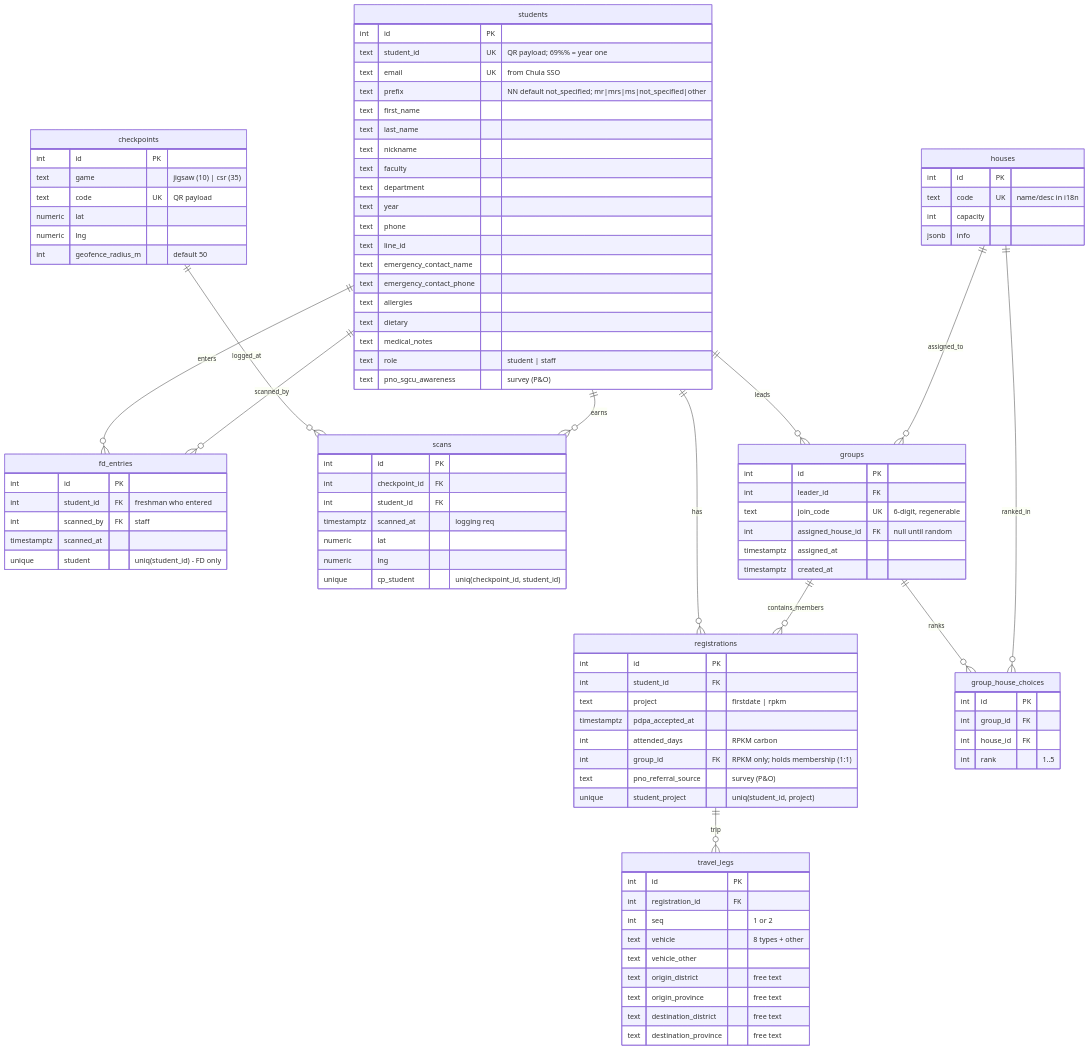
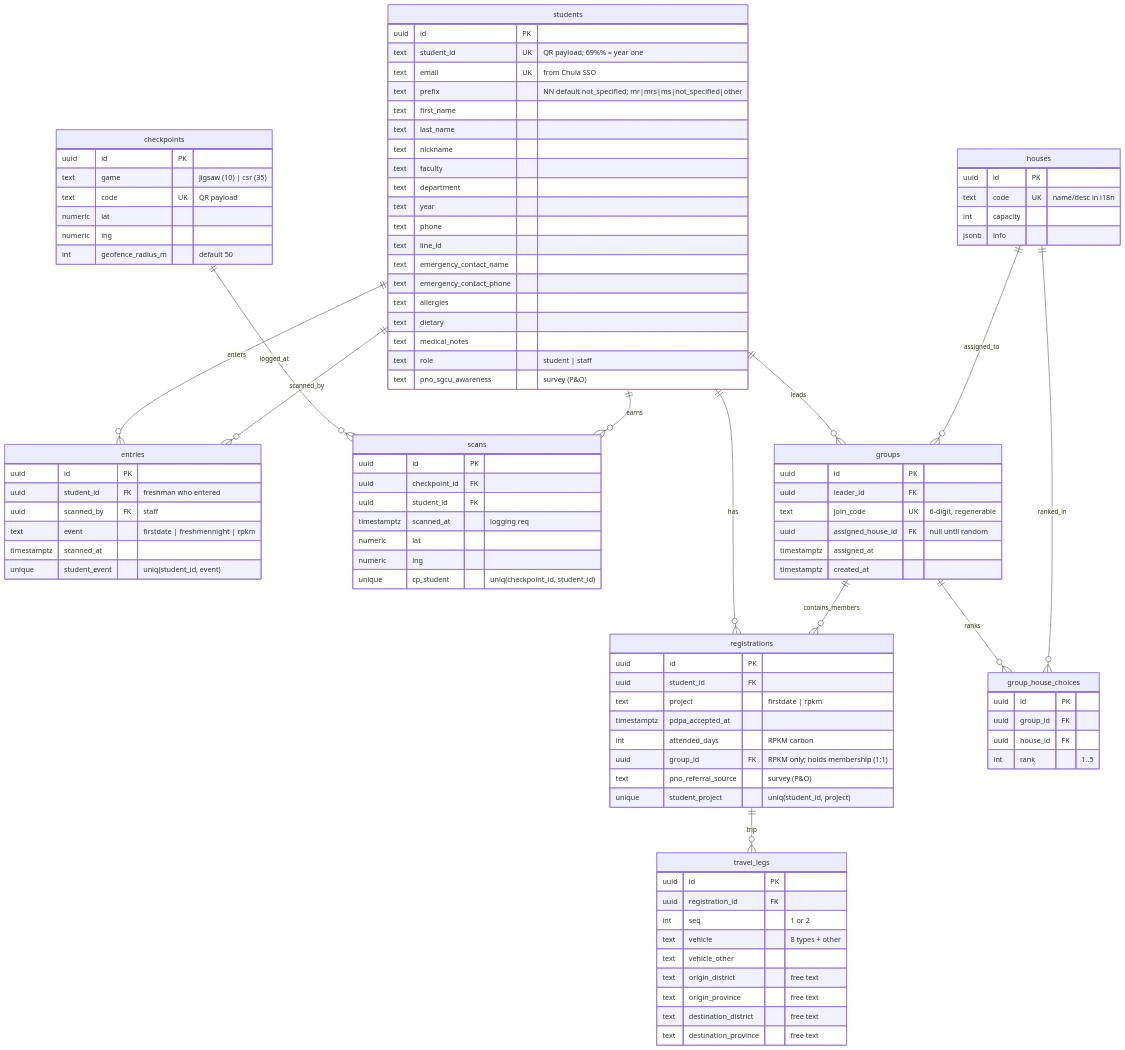
One commit to isd-sgcu/fdrpkm2026-backend changed the first of 4 diagrams in docs/db/diagrams.md. Above: the diagram before and after it, drawn with Mermaid. The commit also changed other lines of this file and 4 other files, not shown here.

````diff
--- a/docs/db/diagrams.md
+++ b/docs/db/diagrams.md
@@ -8,8 +8,8 @@
 erDiagram
     students ||--o{ registrations : has
     registrations ||--o{ travel_legs : trip
-    students ||--o{ fd_entries : enters
-    students ||--o{ fd_entries : scanned_by
+    students ||--o{ entries : enters
+    students ||--o{ entries : scanned_by
     checkpoints ||--o{ scans : logged_at
     students ||--o{ scans : earns
     students ||--o{ groups : leads
@@ -19,7 +19,7 @@
     houses ||--o{ groups : assigned_to
 
     students {
-        int id PK
+        uuid id PK
         text student_id UK "QR payload; 69%% = year one"
         text email UK "from Chula SSO"
         text prefix "NN default not_specified; mr|mrs|ms|not_specified|other"
@@ -40,18 +40,18 @@
         text pno_sgcu_awareness "survey (P&O)"
     }
     registrations {
-        int id PK
-        int student_id FK
+        uuid id PK
+        uuid student_id FK
         text project "firstdate | rpkm"
         timestamptz pdpa_accepted_at
         int attended_days "RPKM carbon"
-        int group_id FK "RPKM only; holds membership (1:1)"
+        uuid group_id FK "RPKM only; holds membership (1:1)"
         text pno_referral_source "survey (P&O)"
         unique student_project "uniq(student_id, project)"
     }
     travel_legs {
-        int id PK
-        int registration_id FK
+        uuid id PK
+        uuid registration_id FK
         int seq "1 or 2"
         text vehicle "8 types + other"
         text vehicle_other
@@ -60,15 +60,16 @@
         text destination_district "free text"
         text destination_province "free text"
     }
-    fd_entries {
-        int id PK
-        int student_id FK "freshman who entered"
-        int scanned_by FK "staff"
+    entries {
+        uuid id PK
+        uuid student_id FK "freshman who entered"
+        uuid scanned_by FK "staff"
+        text event "firstdate | freshmennight | rpkm"
         timestamptz scanned_at
-        unique student "uniq(student_id) - FD only"
+        unique student_event "uniq(student_id, event)"
     }
     checkpoints {
-        int id PK
+        uuid id PK
         text game "jigsaw (10) | csr (35)"
         text code UK "QR payload"
         numeric lat
@@ -76,32 +77,32 @@
         int geofence_radius_m "default 50"
     }
     scans {
-        int id PK
-        int checkpoint_id FK
-        int student_id FK
+        uuid id PK
+        uuid checkpoint_id FK
+        uuid student_id FK
         timestamptz scanned_at "logging req"
         numeric lat
         numeric lng
         unique cp_student "uniq(checkpoint_id, student_id)"
     }
     houses {
-        int id PK
+        uuid id PK
         text code UK "name/desc in i18n"
         int capacity
         jsonb info
     }
     groups {
-        int id PK
-        int leader_id FK
+        uuid id PK
+        uuid leader_id FK
         text join_code UK "6-digit, regenerable"
-        int assigned_house_id FK "null until random"
+        uuid assigned_house_id FK "null until random"
         timestamptz assigned_at
         timestamptz created_at
     }
     group_house_choices {
-        int id PK
-        int group_id FK
-        int house_id FK
+        uuid id PK
+        uuid group_id FK
+        uuid house_id FK
         int rank "1..5"
     }
 ```
````
